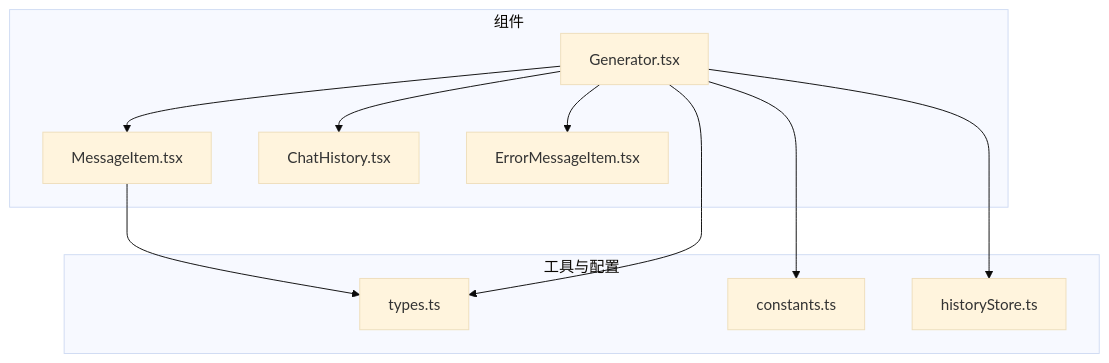
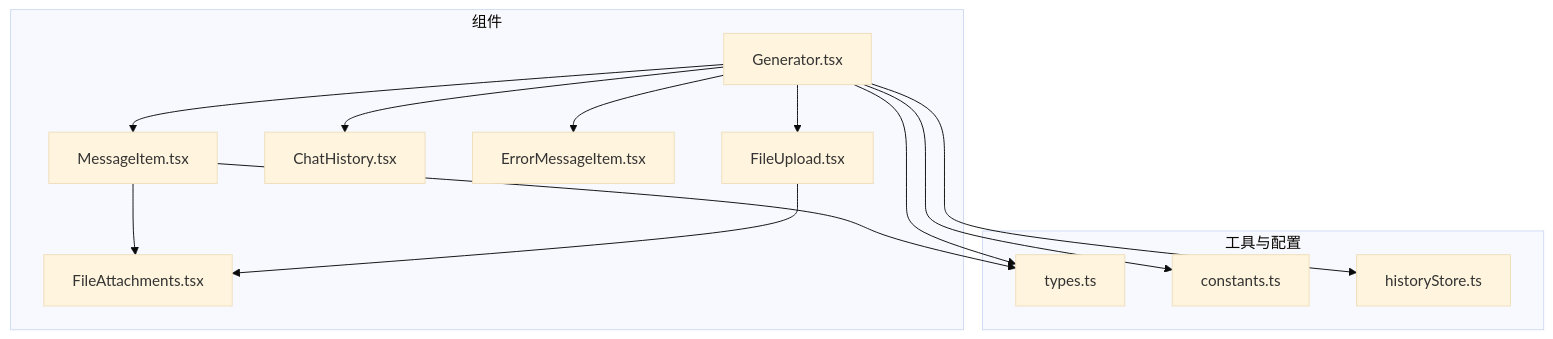
The first of 10 diagrams in .qoder/repowiki/zh/content/组件架构/MessageItem组件.md (zfyime/chat-mini), drawn with Mermaid (base theme) before and after one commit. The commit also changed other lines of this file and 8 other files, not shown here.

````diff
--- a/.qoder/repowiki/zh/content/组件架构/MessageItem组件.md
+++ b/.qoder/repowiki/zh/content/组件架构/MessageItem组件.md
@@ -28,21 +38,26 @@
 ```mermaid
 graph TB
 subgraph "组件"
 MessageItem[MessageItem.tsx]
 Generator[Generator.tsx]
 ChatHistory[ChatHistory.tsx]
 ErrorMessageItem[ErrorMessageItem.tsx]
+FileAttachments[FileAttachments.tsx]
+FileUpload[FileUpload.tsx]
 end
 subgraph "工具与配置"
 types[types.ts]
 constants[constants.ts]
 historyStore[historyStore.ts]
 end
 Generator --> MessageItem
 Generator --> ChatHistory
 Generator --> ErrorMessageItem
+Generator --> FileUpload
+MessageItem --> FileAttachments
 MessageItem --> types
 Generator --> types
 Generator --> historyStore
 Generator --> constants
+FileUpload --> FileAttachments
 ```
````
